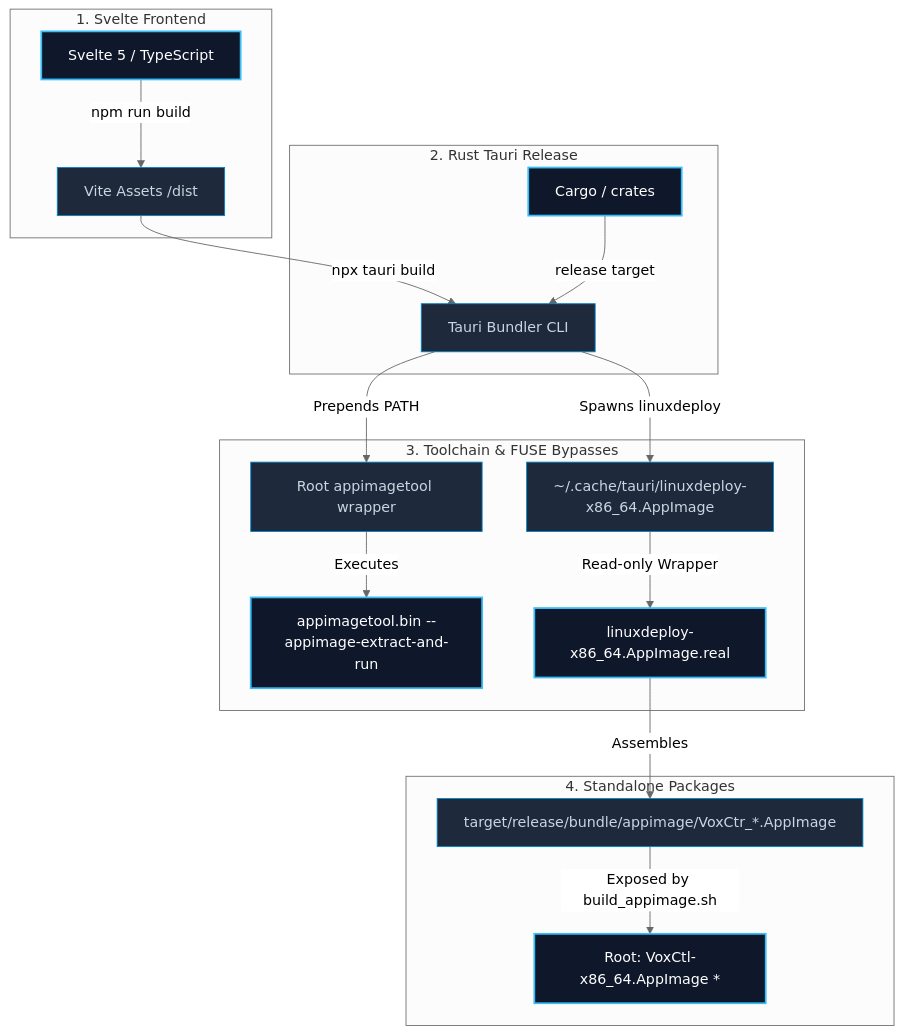
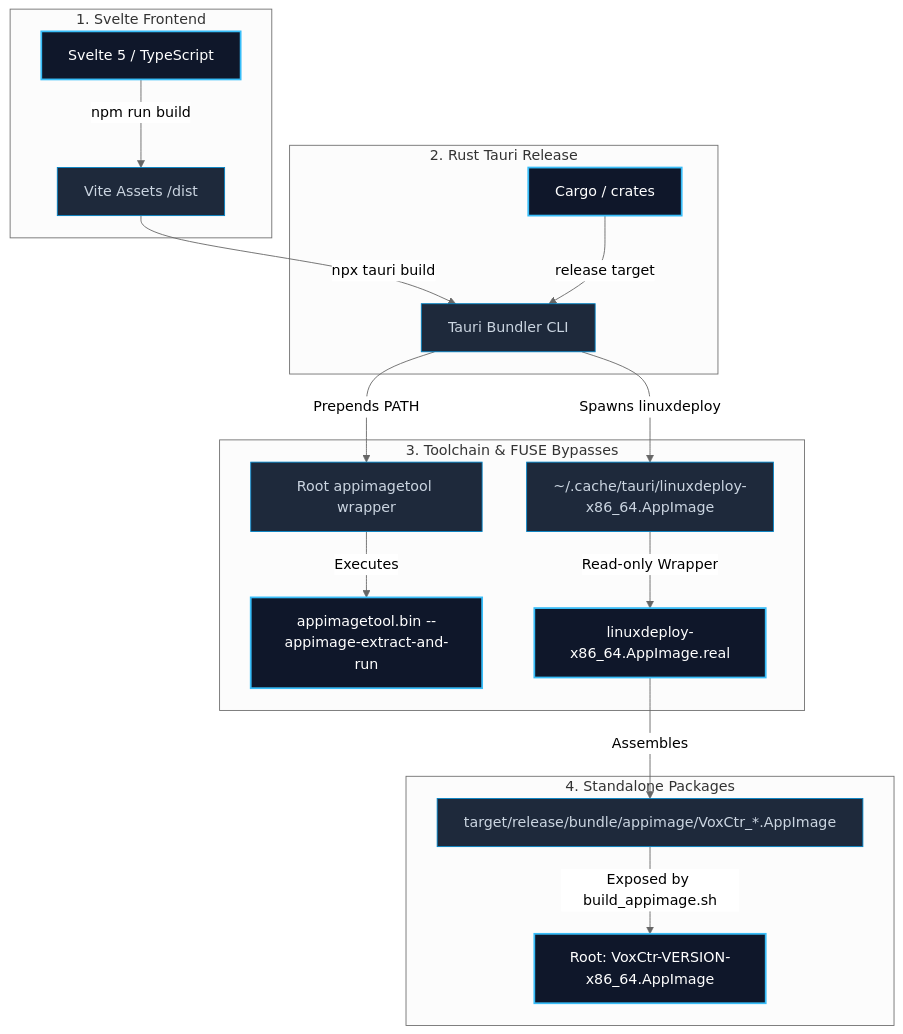
Before and after one commit to JRufer/VoxCtrl: the diagram in docs/appimage_build_process.md, drawn with Mermaid (neutral theme). The commit also changed other lines of this file and 2 other files, not shown here.

Commit message:
Update to build process.

````diff
--- a/docs/appimage_build_process.md
+++ b/docs/appimage_build_process.md
@@ -11,28 +11,28 @@
 ```mermaid
 graph TD
     subgraph Frontend Build [1. Svelte Frontend]
         A[Svelte 5 / TypeScript] -->|npm run build| B[Vite Assets /dist]
     end
 
     subgraph Backend Build [2. Rust Tauri Release]
         B -->|npx tauri build| C[Tauri Bundler CLI]
         D[Cargo / crates] -->|release target| C
     end
 
     subgraph Build Environment [3. Toolchain & FUSE Bypasses]
         C -->|Prepends PATH| E[Root appimagetool wrapper]
         E -->|Executes| F[appimagetool.bin --appimage-extract-and-run]
         C -->|Spawns linuxdeploy| G[~/.cache/tauri/linuxdeploy-x86_64.AppImage]
         G -->|Read-only Wrapper| H[linuxdeploy-x86_64.AppImage.real]
     end
 
     subgraph Output Bundles [4. Standalone Packages]
         H -->|Assembles| I[target/release/bundle/appimage/VoxCtr_*.AppImage]
-        I -->|Exposed by build_appimage.sh| J[Root: VoxCtl-x86_64.AppImage *]
+        I -->|Exposed by build_appimage.sh| J[Root: VoxCtr-VERSION-x86_64.AppImage]
     end
 
     classDef primary fill:#0f172a,stroke:#38bdf8,stroke-width:2px,color:#fff;
     classDef secondary fill:#1e293b,stroke:#0284c7,stroke-width:1px,color:#cbd5e1;
     class A,D,F,H,J primary;
     class B,C,E,G,I secondary;
 ```
````
